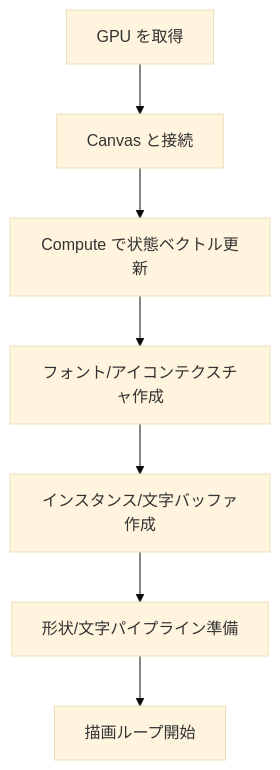
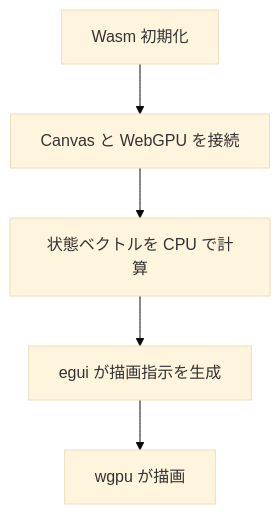
The second of 4 diagrams in docs/architecture.md (qniapp/qni-webgpu), drawn with Mermaid (base theme) before and after one commit. The commit also changed other lines of this file and 56 other files, not shown here.

````diff
--- a/docs/architecture.md
+++ b/docs/architecture.md
@@ -44,9 +41,7 @@
 ```mermaid
 flowchart TB
-  A[GPU を取得] --> B[Canvas と接続]
-  B --> C[Compute で状態ベクトル更新]
-  C --> D[フォント/アイコンテクスチャ作成]
-  D --> E[インスタンス/文字バッファ作成]
-  E --> F[形状/文字パイプライン準備]
-  F --> G[描画ループ開始]
+  A[Wasm 初期化] --> B[Canvas と WebGPU を接続]
+  B --> C[状態ベクトルを CPU で計算]
+  C --> D[egui が描画指示を生成]
+  D --> E[wgpu が描画]
 ```
````
